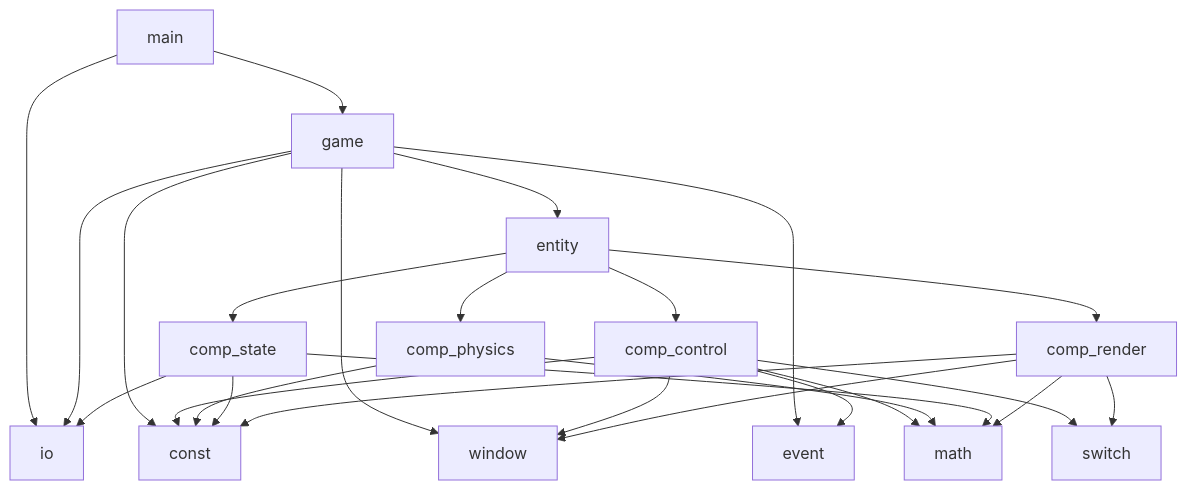
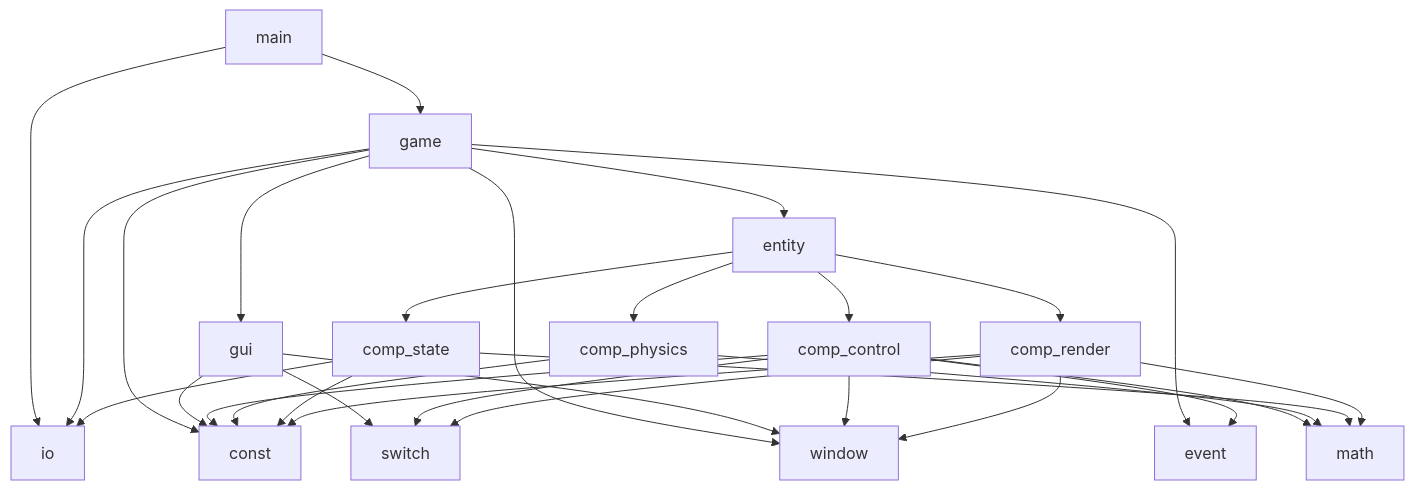
One commit to dtldyg/physics-sync-demo changed the first of 3 diagrams in README.md. Above: the diagram before and after it, drawn with Mermaid. The commit also changed 7 other files, not shown here.

````diff
--- a/README.md
+++ b/README.md
@@ -20,34 +20,39 @@
 ```mermaid
 graph TD
      main --> io
      main --> game
 
      game --> const
      game --> io
+     game --> gui
      game --> window
      game --> event
      game --> entity
+     
+     gui --> const
+     gui --> switch
+     gui --> window
 
      entity --> comp_control
      entity --> comp_physics
      entity --> comp_state
      entity --> comp_render
 
+     comp_control --> const
+     comp_control --> math
+     comp_control --> switch
      comp_control --> window
      comp_control --> event
-     comp_control --> math
-     comp_control --> const
-     comp_control --> switch
 
+     comp_physics --> const
      comp_physics --> math
-     comp_physics --> const
 
+     comp_state --> const
+     comp_state --> math
      comp_state --> io
-     comp_state --> math
-     comp_state --> const
 
+     comp_render --> const
+     comp_render --> math
+     comp_render --> switch
      comp_render --> window
-     comp_render --> math
-     comp_render --> const
-     comp_render --> switch
 ```
````
